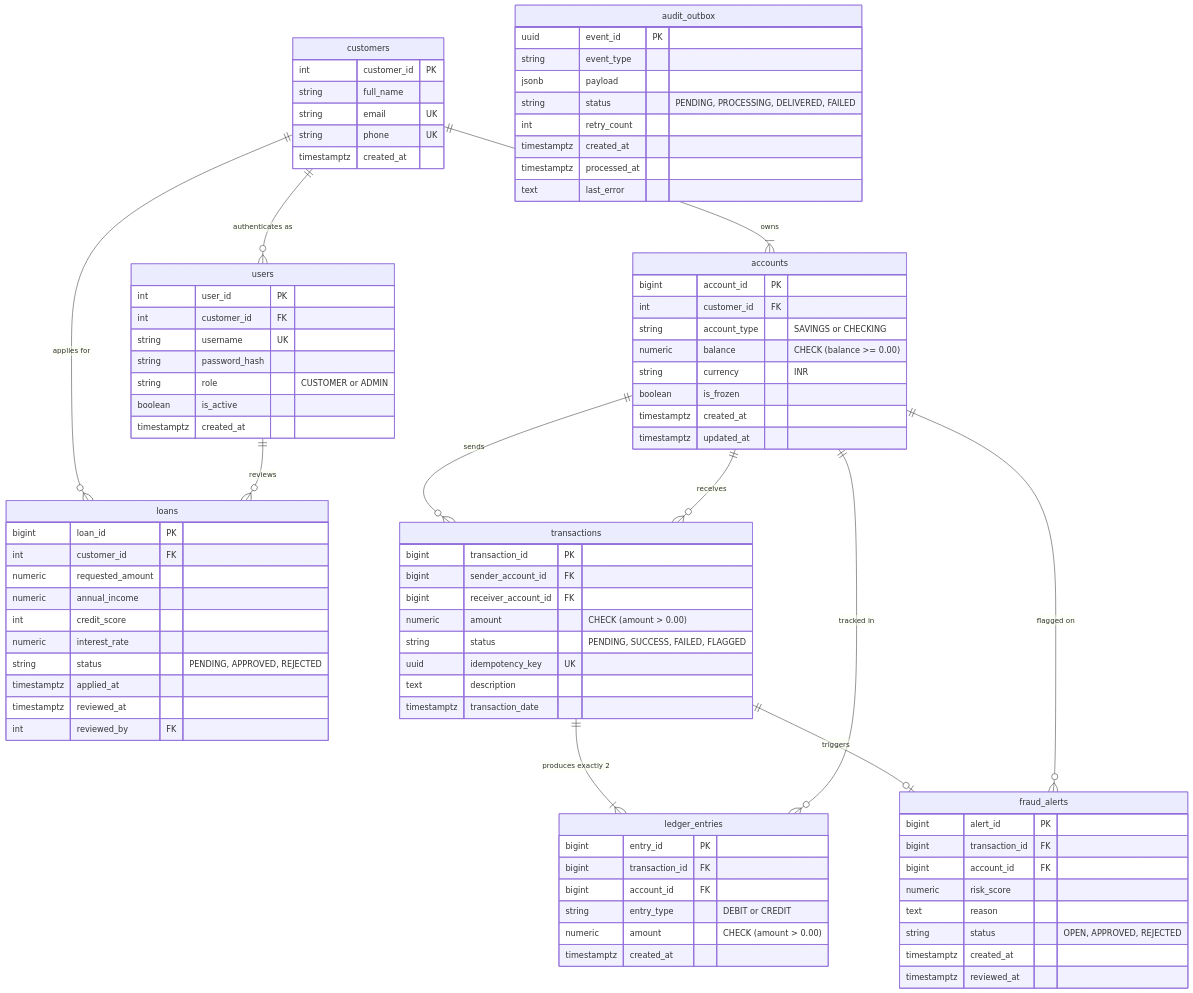
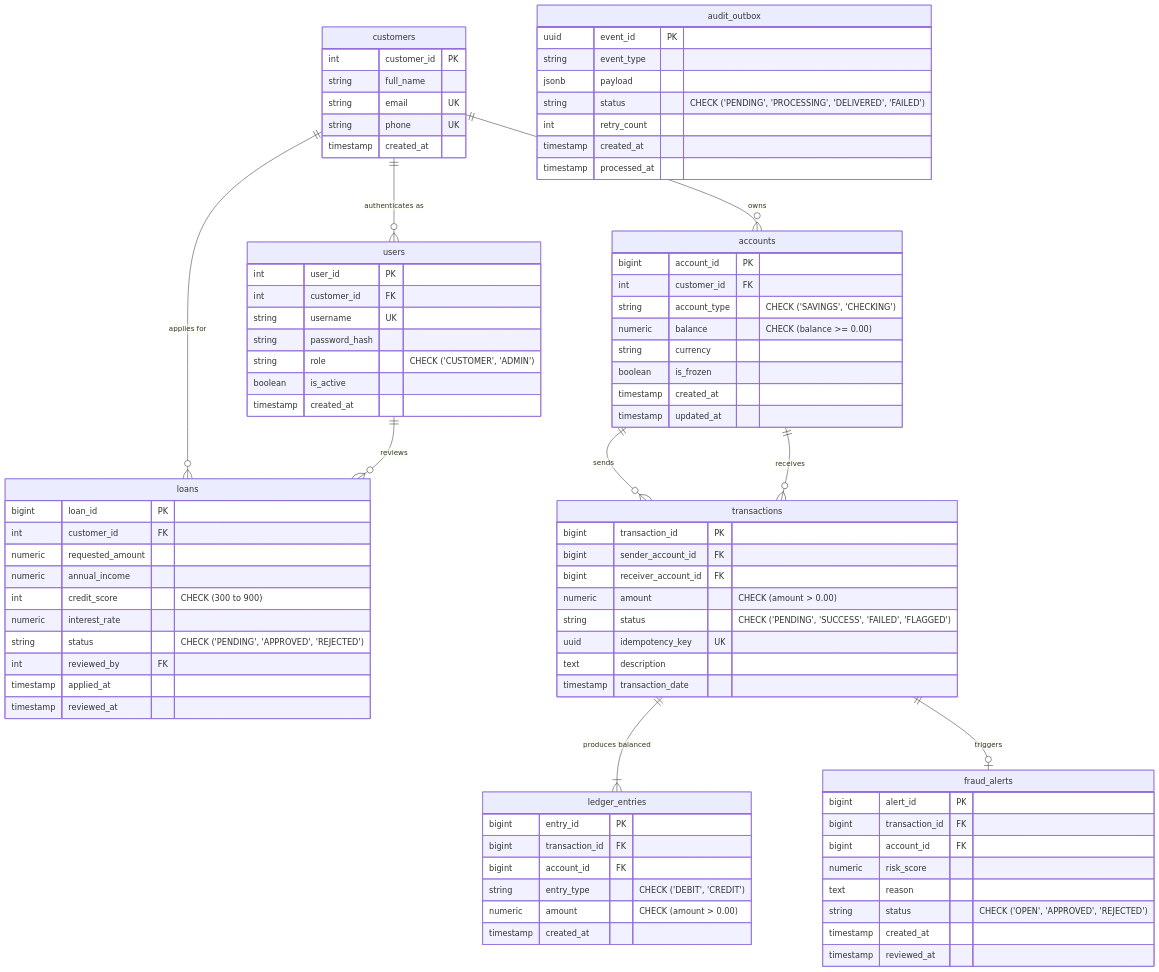
Before and after one commit to bhavyaanand2101-coder/FinTrack_Bank: the second of 2 diagrams in README.md, drawn with Mermaid. The commit also changed other lines of this file and 92 other files, not shown here.

````diff
--- a/README.md
+++ b/README.md
@@ -77,14 +78,12 @@
 ```mermaid
 erDiagram
     customers ||--o{ users : "authenticates as"
-    customers ||--|{ accounts : "owns"
+    customers ||--o{ accounts : "owns"
     customers ||--o{ loans : "applies for"
     accounts ||--o{ transactions : "sends"
     accounts ||--o{ transactions : "receives"
-    transactions ||--|{ ledger_entries : "produces exactly 2"
-    accounts ||--o{ ledger_entries : "tracked in"
+    transactions ||--|{ ledger_entries : "produces balanced"
     transactions ||--o| fraud_alerts : "triggers"
-    accounts ||--o{ fraud_alerts : "flagged on"
     users ||--o{ loans : "reviews"
 
     customers {
@@ -92,7 +91,7 @@
         string full_name
         string email UK
         string phone UK
-        timestamptz created_at
+        timestamp created_at
     }
 
     users {
@@ -100,20 +99,20 @@
         int customer_id FK
         string username UK
         string password_hash
-        string role "CUSTOMER or ADMIN"
+        string role "CHECK ('CUSTOMER', 'ADMIN')"
         boolean is_active
-        timestamptz created_at
+        timestamp created_at
     }
 
     accounts {
         bigint account_id PK
         int customer_id FK
-        string account_type "SAVINGS or CHECKING"
+        string account_type "CHECK ('SAVINGS', 'CHECKING')"
         numeric balance "CHECK (balance >= 0.00)"
-        string currency "INR"
+        string currency
         boolean is_frozen
-        timestamptz created_at
-        timestamptz updated_at
+        timestamp created_at
+        timestamp updated_at
     }
 
     transactions {
@@ -121,19 +120,19 @@
         bigint sender_account_id FK
         bigint receiver_account_id FK
         numeric amount "CHECK (amount > 0.00)"
-        string status "PENDING, SUCCESS, FAILED, FLAGGED"
+        string status "CHECK ('PENDING', 'SUCCESS', 'FAILED', 'FLAGGED')"
         uuid idempotency_key UK
         text description
-        timestamptz transaction_date
+        timestamp transaction_date
     }
 
     ledger_entries {
         bigint entry_id PK
         bigint transaction_id FK
         bigint account_id FK
-        string entry_type "DEBIT or CREDIT"
+        string entry_type "CHECK ('DEBIT', 'CREDIT')"
         numeric amount "CHECK (amount > 0.00)"
-        timestamptz created_at
+        timestamp created_at
     }
 
     loans {
@@ -141,12 +140,12 @@
         int customer_id FK
         numeric requested_amount
         numeric annual_income
-        int credit_score
+        int credit_score "CHECK (300 to 900)"
         numeric interest_rate
-        string status "PENDING, APPROVED, REJECTED"
-        timestamptz applied_at
-        timestamptz reviewed_at
+        string status "CHECK ('PENDING', 'APPROVED', 'REJECTED')"
         int reviewed_by FK
+        timestamp applied_at
+        timestamp reviewed_at
     }
 
     fraud_alerts {
@@ -155,19 +154,18 @@
         bigint account_id FK
         numeric risk_score
         text reason
-        string status "OPEN, APPROVED, REJECTED"
-        timestamptz created_at
-        timestamptz reviewed_at
+        string status "CHECK ('OPEN', 'APPROVED', 'REJECTED')"
+        timestamp created_at
+        timestamp reviewed_at
     }
 
     audit_outbox {
         uuid event_id PK
         string event_type
         jsonb payload
-        string status "PENDING, PROCESSING, DELIVERED, FAILED"
+        string status "CHECK ('PENDING', 'PROCESSING', 'DELIVERED', 'FAILED')"
         int retry_count
-        timestamptz created_at
-        timestamptz processed_at
-        text last_error
+        timestamp created_at
+        timestamp processed_at
     }
 ```
````
